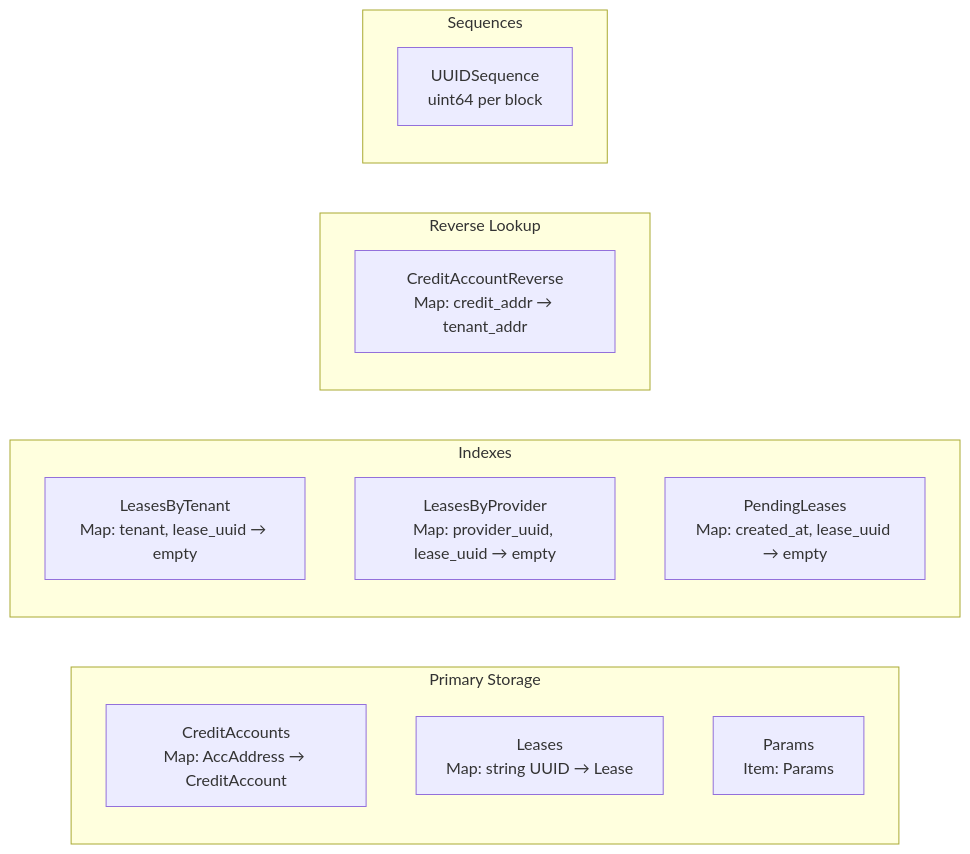
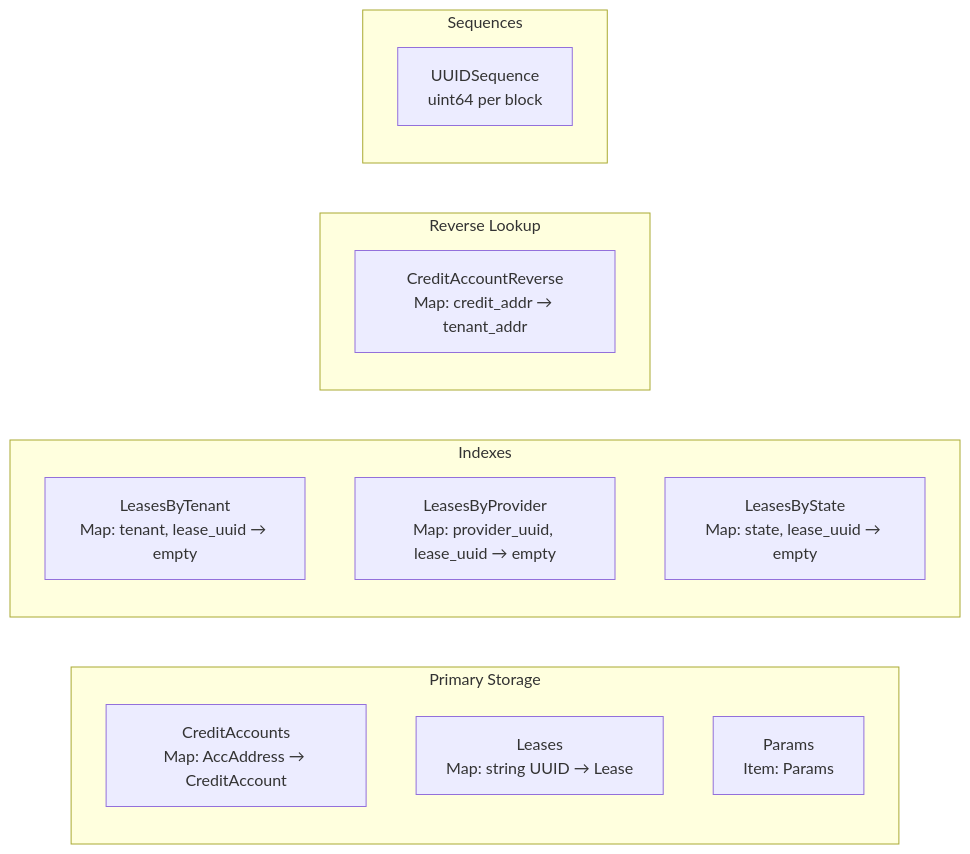
Before and after one commit to manifest-network/manifest-ledger: the third of 12 diagrams in x/billing/docs/ARCHITECTURE.md, drawn with Mermaid. The commit also changed other lines of this file and 12 other files, not shown here.

````diff
--- a/x/billing/docs/ARCHITECTURE.md
+++ b/x/billing/docs/ARCHITECTURE.md
@@ -143,22 +150,22 @@
 ```mermaid
 graph LR
     subgraph "Primary Storage"
         CreditAccounts[CreditAccounts<br/>Map: AccAddress → CreditAccount]
         Leases[Leases<br/>Map: string UUID → Lease]
         Params[Params<br/>Item: Params]
     end
     
     subgraph "Indexes"
         TenantIdx[LeasesByTenant<br/>Map: tenant, lease_uuid → empty]
         ProviderIdx[LeasesByProvider<br/>Map: provider_uuid, lease_uuid → empty]
-        PendingIdx[PendingLeases<br/>Map: created_at, lease_uuid → empty]
+        StateIdx[LeasesByState<br/>Map: state, lease_uuid → empty]
     end
     
     subgraph "Reverse Lookup"
         CreditReverse[CreditAccountReverse<br/>Map: credit_addr → tenant_addr]
     end
     
     subgraph "Sequences"
         UUIDSeq[UUIDSequence<br/>uint64 per block]
     end
 ```
````
